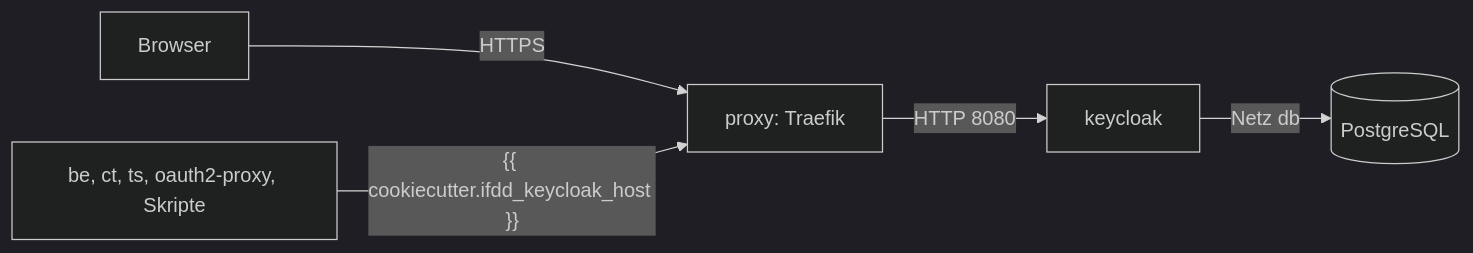
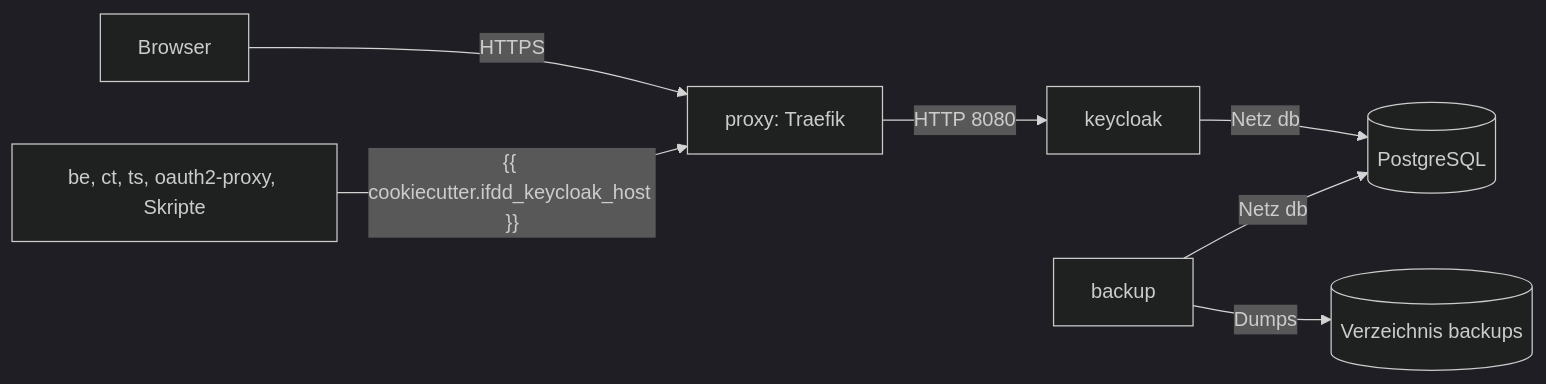
Before and after one commit to ifdd-de/keycloak: the diagram in {{cookiecutter.ifdd_keycloak_prj_slug}}/docs/de/index.md, drawn with Mermaid (dark theme). The commit also changed other lines of this file and 25 other files, not shown here.

````diff
--- a/{{cookiecutter.ifdd_keycloak_prj_slug}}/docs/de/index.md
+++ b/{{cookiecutter.ifdd_keycloak_prj_slug}}/docs/de/index.md
@@ -31,7 +33,9 @@
 ```{mermaid}
 flowchart LR
   Browser -->|HTTPS| Proxy[proxy: Traefik]
   Services[be, ct, ts, oauth2-proxy, Skripte] -->|"{{ cookiecutter.ifdd_keycloak_host }}"| Proxy
   Proxy -->|HTTP 8080| KC[keycloak]
   KC -->|Netz db| PG[(PostgreSQL)]
+  BK[backup] -->|Netz db| PG
+  BK -->|Dumps| DIR[(Verzeichnis backups)]
 ```
````
